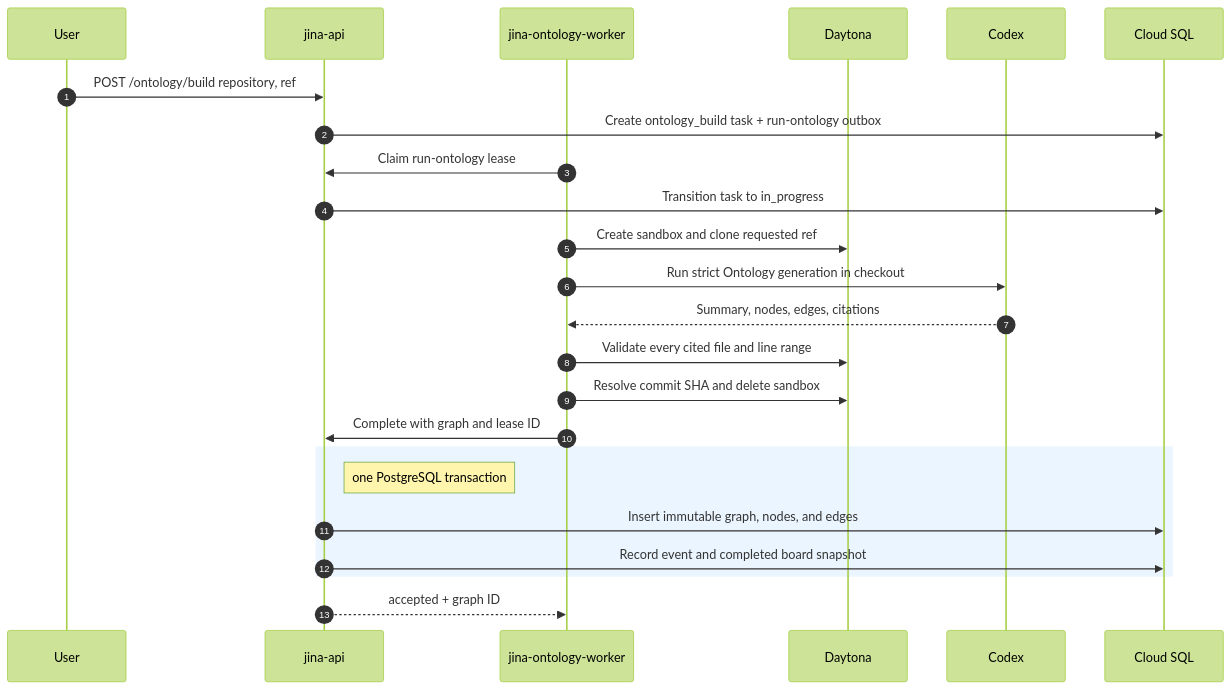
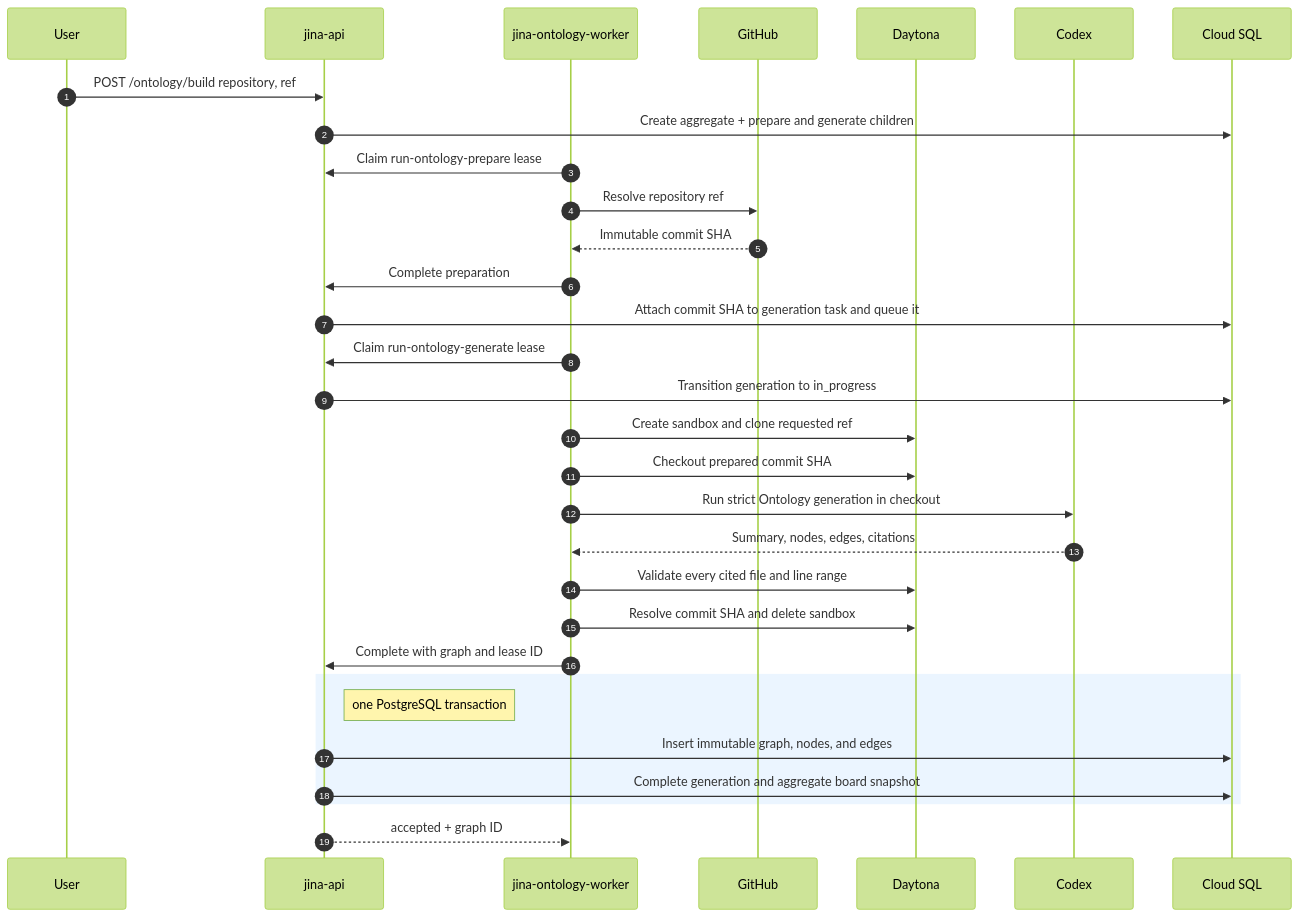
The third of 5 diagrams in docs/SEQUENCE_DIAGRAM.md (keon/jina-context-wiki-e2e-20260808), drawn with Mermaid (forest theme) before and after one commit. The commit also changed 15 other files, not shown here.

````diff
--- a/docs/SEQUENCE_DIAGRAM.md
+++ b/docs/SEQUENCE_DIAGRAM.md
@@ -74,27 +74,34 @@
 ```mermaid
 sequenceDiagram
     autonumber
     participant User
     participant API as jina-api
     participant Worker as jina-ontology-worker
+    participant GitHub
     participant Daytona
     participant Codex
     participant DB as Cloud SQL
 
     User->>API: POST /ontology/build repository, ref
-    API->>DB: Create ontology_build task + run-ontology outbox
-    Worker->>API: Claim run-ontology lease
-    API->>DB: Transition task to in_progress
+    API->>DB: Create aggregate + prepare and generate children
+    Worker->>API: Claim run-ontology-prepare lease
+    Worker->>GitHub: Resolve repository ref
+    GitHub-->>Worker: Immutable commit SHA
+    Worker->>API: Complete preparation
+    API->>DB: Attach commit SHA to generation task and queue it
+    Worker->>API: Claim run-ontology-generate lease
+    API->>DB: Transition generation to in_progress
     Worker->>Daytona: Create sandbox and clone requested ref
+    Worker->>Daytona: Checkout prepared commit SHA
     Worker->>Codex: Run strict Ontology generation in checkout
     Codex-->>Worker: Summary, nodes, edges, citations
     Worker->>Daytona: Validate every cited file and line range
     Worker->>Daytona: Resolve commit SHA and delete sandbox
     Worker->>API: Complete with graph and lease ID
     rect rgb(235,245,255)
         note right of API: one PostgreSQL transaction
         API->>DB: Insert immutable graph, nodes, and edges
-        API->>DB: Record event and completed board snapshot
+        API->>DB: Complete generation and aggregate board snapshot
     end
     API-->>Worker: accepted + graph ID
 ```
````
